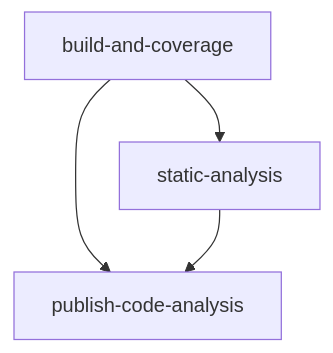
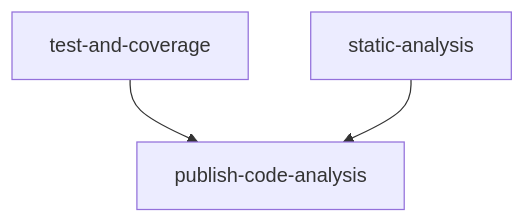
Before and after one commit to ericodx/swift-structure: the second of 2 diagrams in Docs/CI/main-analysis.md, drawn with Mermaid. The commit also changed other lines of this file, not shown here.

Commit message:
docs: update main analysis workflow documentation

````diff
--- a/Docs/CI/main-analysis.md
+++ b/Docs/CI/main-analysis.md
@@ -52,6 +52,5 @@
 ```mermaid
 graph TD
-    A[build-and-coverage] --> B[static-analysis]
-    A --> C[publish-code-analysis]
-    B --> C
+    A[test-and-coverage] --> D[publish-code-analysis]
+    C[static-analysis] --> D[publish-code-analysis]
 ```
````
